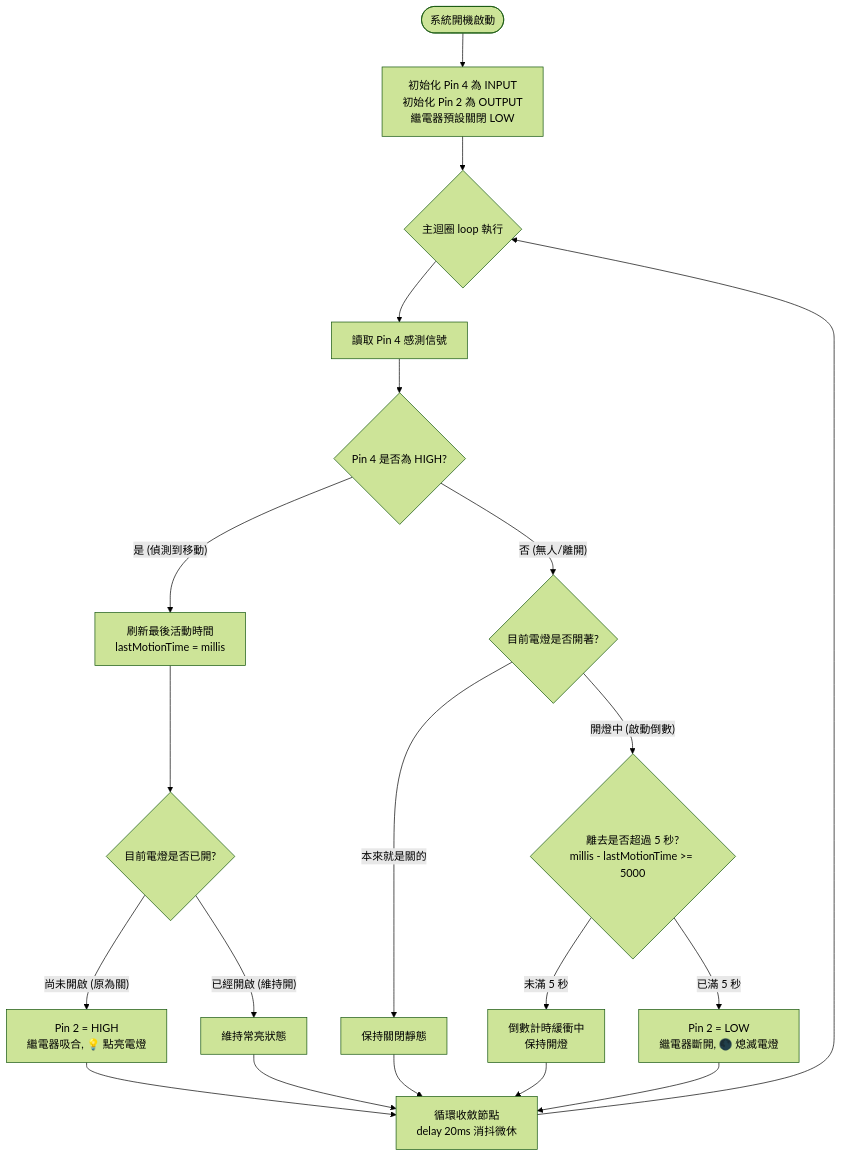
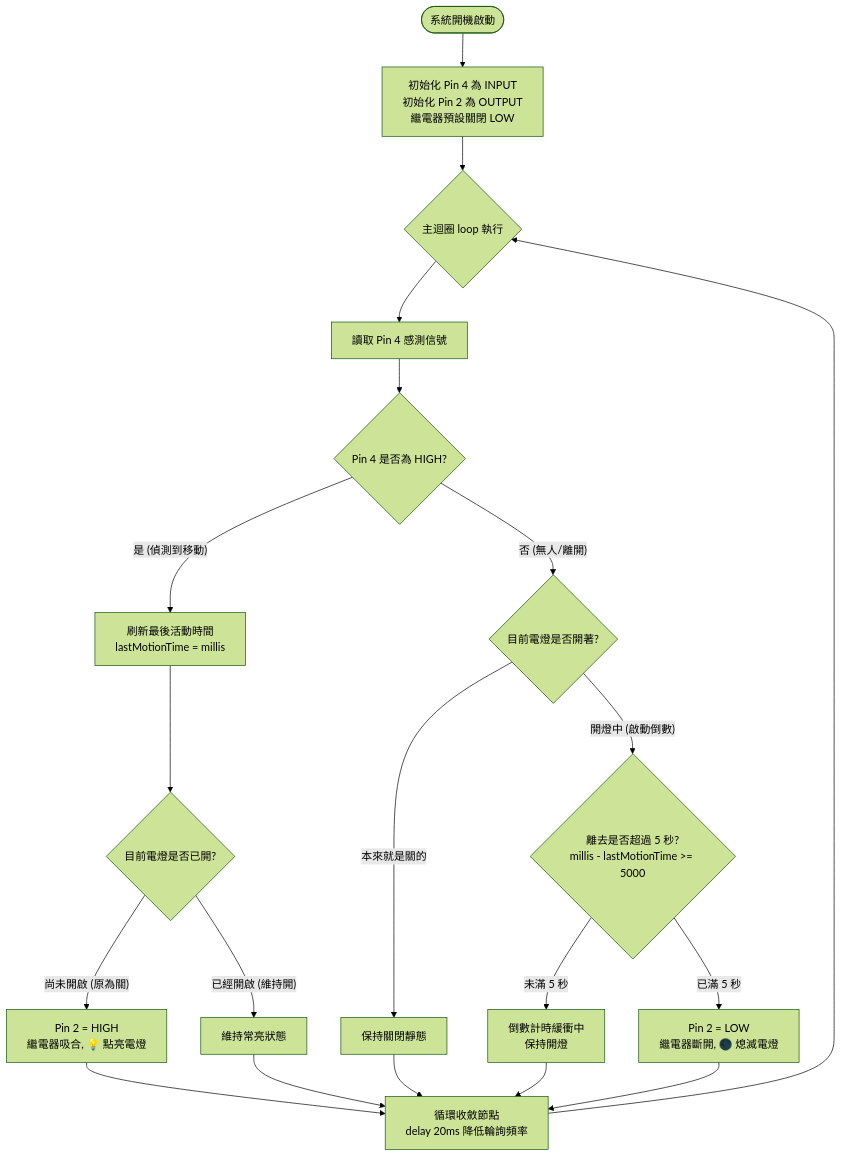
Before and after one commit to joelhoty/onclassbyJoel: the diagram in ec/arduino_pir_relay_delay.md, drawn with Mermaid (forest theme). The commit also changed other lines of this file and 37 other files, not shown here.

````diff
--- a/ec/arduino_pir_relay_delay.md
+++ b/ec/arduino_pir_relay_delay.md
@@ -71,30 +71,30 @@
 ```mermaid
 flowchart TD
     Start([系統開機啟動]) --> Init[初始化 Pin 4 為 INPUT<br>初始化 Pin 2 為 OUTPUT<br>繼電器預設關閉 LOW]
     Init --> LoopStart{主迴圈 loop 執行}
     LoopStart --> ReadPIR[讀取 Pin 4 感測信號]
     ReadPIR --> CheckMotion{Pin 4 是否為 HIGH?}
 
     %% 左側平行分支：有人活動 (HIGH)
     CheckMotion -- 是 (偵測到移動) --> ResetTimer[刷新最後活動時間<br>lastMotionTime = millis]
     ResetTimer --> CheckLightOn{目前電燈是否已開?}
     CheckLightOn -- 尚未開啟 (原為關) --> TurnOn[Pin 2 = HIGH<br>繼電器吸合, 💡 點亮電燈]
     CheckLightOn -- 已經開啟 (維持開) --> KeepOn[維持常亮狀態]
 
     %% 右側平行分支：無人離開 (LOW)
     CheckMotion -- 否 (無人/離開) --> CheckLightState{目前電燈是否開著?}
     CheckLightState -- 本來就是關的 --> Idle[保持關閉靜態]
     CheckLightState -- 開燈中 (啟動倒數) --> CheckTimeout{離去是否超過 5 秒?<br>millis - lastMotionTime >= 5000}
     CheckTimeout -- 未滿 5 秒 --> CountingDown[倒數計時緩衝中<br>保持開燈]
     CheckTimeout -- 已滿 5 秒 --> TurnOff[Pin 2 = LOW<br>繼電器斷開, 🌑 熄滅電燈]
 
     %% 底部統一收斂匯合 (平行向下，絕無交叉走線)
-    TurnOn --> EndCycle[循環收斂節點<br>delay 20ms 消抖微休]
+    TurnOn --> EndCycle[循環收斂節點<br>delay 20ms 降低輪詢頻率]
     KeepOn --> EndCycle
     Idle --> EndCycle
     CountingDown --> EndCycle
     TurnOff --> EndCycle
 
     %% 單一外環回繞主迴圈
     EndCycle --> LoopStart
 ```
````
